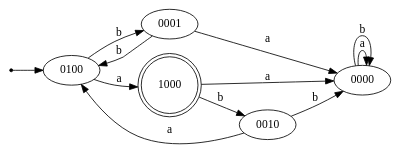
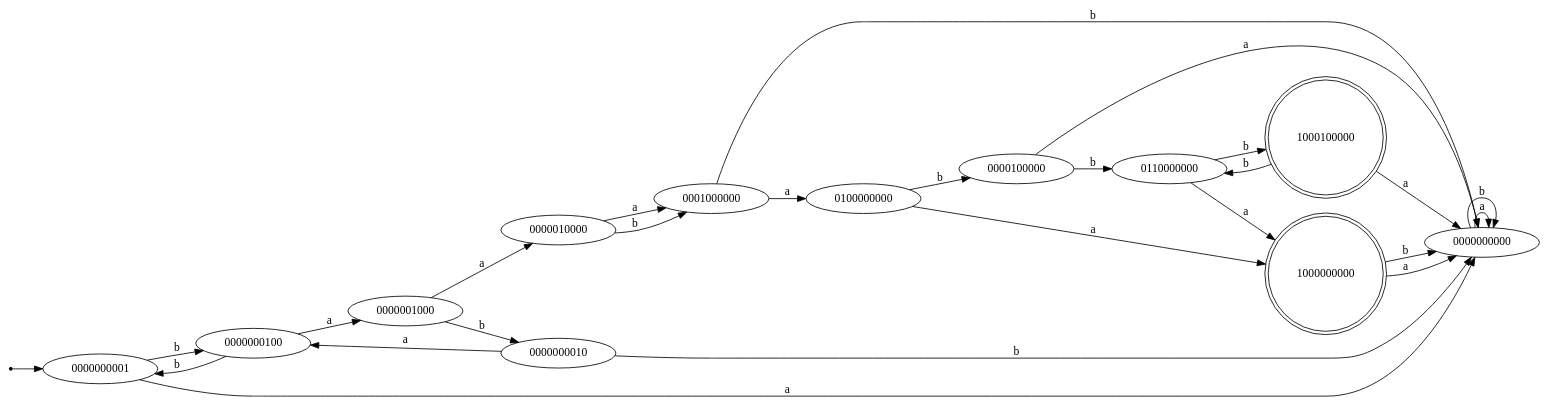
One commit to viacheslavek/tfl changed the diagram in lab3/testRegularOracle/machine.dot. Above: the diagram before and after it, drawn with Graphviz. The commit also changed 1 other file, not shown here.

```diff
--- a/lab3/testRegularOracle/machine.dot
+++ b/lab3/testRegularOracle/machine.dot
@@ -1,16 +1,31 @@
 digraph Automaton {
 	rankdir=LR;
-	-1 -> 0100;
+	-1 -> 0000000001;
 	-1 [shape="point"];
-	1000 [shape="doublecircle"];
-	0100 -> 1000 [label="a"];
-	0100 -> 0001 [label="b"];
-	1000 -> 0000 [label="a"];
-	1000 -> 0010 [label="b"];
-	0001 -> 0000 [label="a"];
-	0001 -> 0100 [label="b"];
-	0010 -> 0100 [label="a"];
-	0010 -> 0000 [label="b"];
-	0000 -> 0000 [label="a"];
-	0000 -> 0000 [label="b"];
+	1000100000 [shape="doublecircle"];
+	1000000000 [shape="doublecircle"];
+	0000000010 -> 0000000100 [label="a"];
+	0000000010 -> 0000000000 [label="b"];
+	0100000000 -> 1000000000 [label="a"];
+	0100000000 -> 0000100000 [label="b"];
+	1000000000 -> 0000000000 [label="a"];
+	1000000000 -> 0000000000 [label="b"];
+	0110000000 -> 1000000000 [label="a"];
+	0110000000 -> 1000100000 [label="b"];
+	1000100000 -> 0000000000 [label="a"];
+	1000100000 -> 0110000000 [label="b"];
+	0000000001 -> 0000000000 [label="a"];
+	0000000001 -> 0000000100 [label="b"];
+	0000001000 -> 0000010000 [label="a"];
+	0000001000 -> 0000000010 [label="b"];
+	0001000000 -> 0100000000 [label="a"];
+	0001000000 -> 0000000000 [label="b"];
+	0000000000 -> 0000000000 [label="a"];
+	0000000000 -> 0000000000 [label="b"];
+	0000000100 -> 0000001000 [label="a"];
+	0000000100 -> 0000000001 [label="b"];
+	0000010000 -> 0001000000 [label="a"];
+	0000010000 -> 0001000000 [label="b"];
+	0000100000 -> 0000000000 [label="a"];
+	0000100000 -> 0110000000 [label="b"];
 }
```
